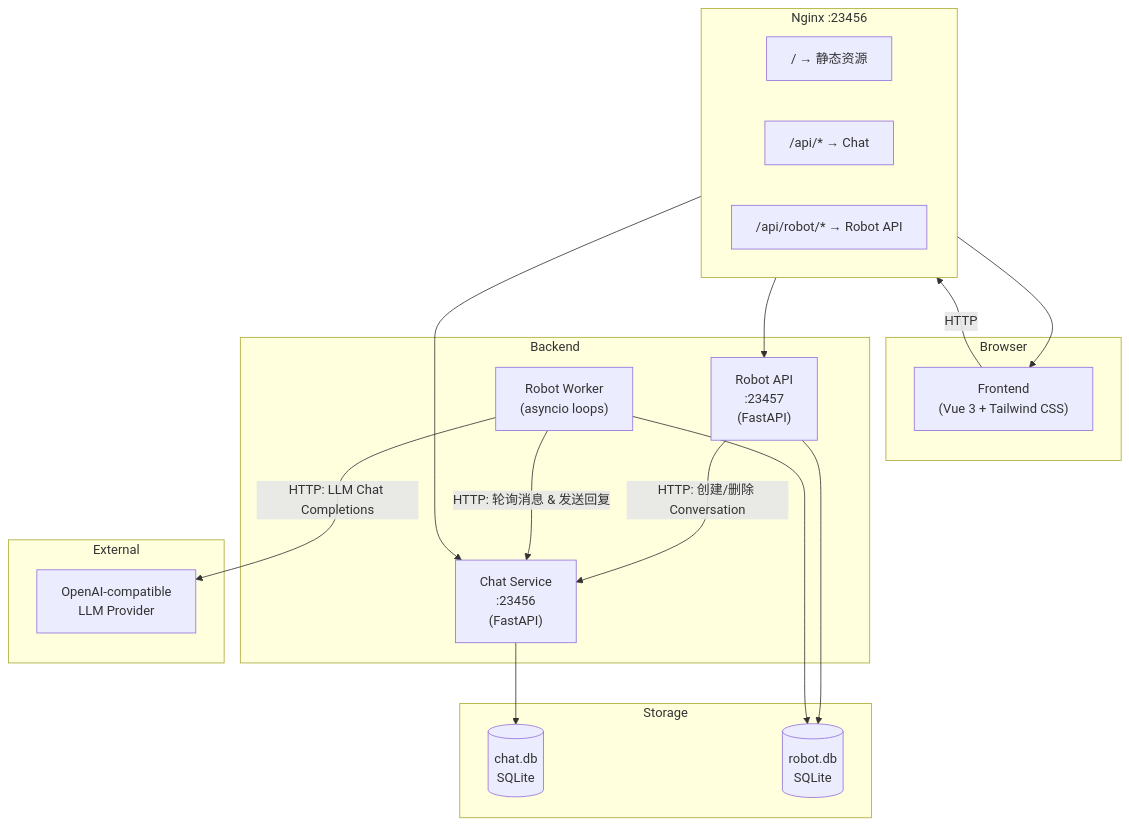
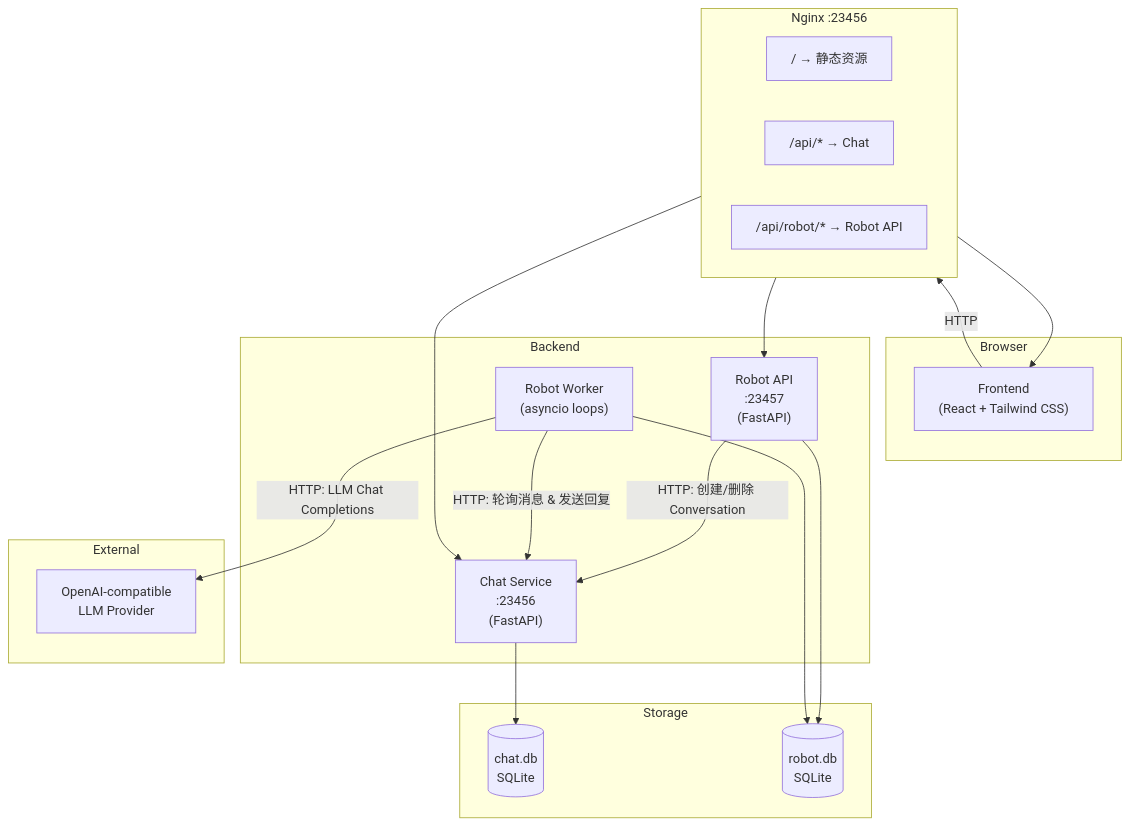
The first of 4 diagrams in README.md (luotw100/wangzonghao), drawn with Mermaid before and after one commit. The commit also changed other lines of this file and 35 other files, not shown here.

First line of the commit message:
refactor: Replace Vue 3 CDN frontend with React + Vite + Tailwind CSS (#8)

````diff
--- a/README.md
+++ b/README.md
@@ -9,41 +9,41 @@
 ```mermaid
 graph TB
     subgraph Browser
-        FE["Frontend<br/>(Vue 3 + Tailwind CSS)"]
+        FE["Frontend<br/>(React + Tailwind CSS)"]
     end
 
     subgraph Nginx["Nginx :23456"]
         direction LR
         NG_STATIC["/ → 静态资源"]
         NG_CHAT["/api/* → Chat"]
         NG_ROBOT["/api/robot/* → Robot API"]
     end
 
     subgraph Backend
         CHAT["Chat Service<br/>:23456<br/>(FastAPI)"]
         ROBOT_API["Robot API<br/>:23457<br/>(FastAPI)"]
         ROBOT_WORKER["Robot Worker<br/>(asyncio loops)"]
     end
 
     subgraph Storage
         CHAT_DB[("chat.db<br/>SQLite")]
         ROBOT_DB[("robot.db<br/>SQLite")]
     end
 
     subgraph External
         LLM["OpenAI-compatible<br/>LLM Provider"]
     end
 
     FE -->|HTTP| Nginx
     NG_STATIC --> FE
     NG_CHAT --> CHAT
     NG_ROBOT --> ROBOT_API
 
     CHAT --> CHAT_DB
     ROBOT_API --> ROBOT_DB
     ROBOT_API -->|"HTTP: 创建/删除 Conversation"| CHAT
 
     ROBOT_WORKER --> ROBOT_DB
     ROBOT_WORKER -->|"HTTP: 轮询消息 & 发送回复"| CHAT
     ROBOT_WORKER -->|"HTTP: LLM Chat Completions"| LLM
 ```
````
